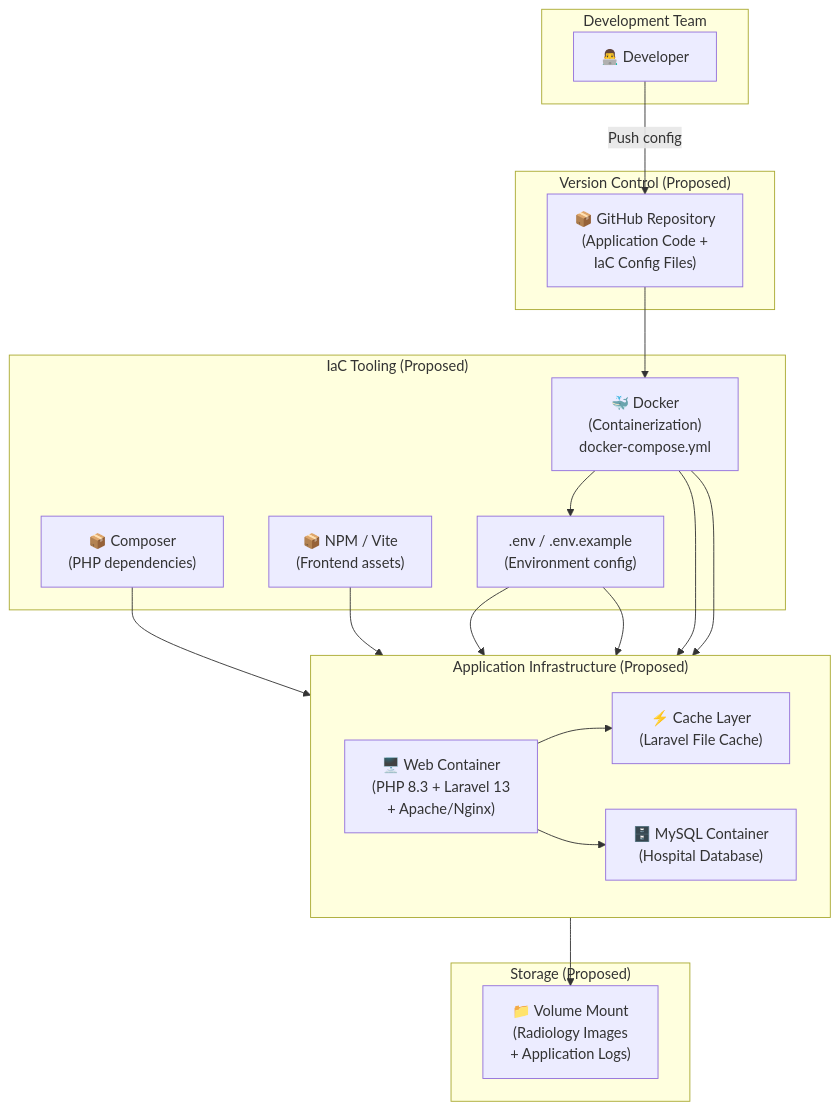
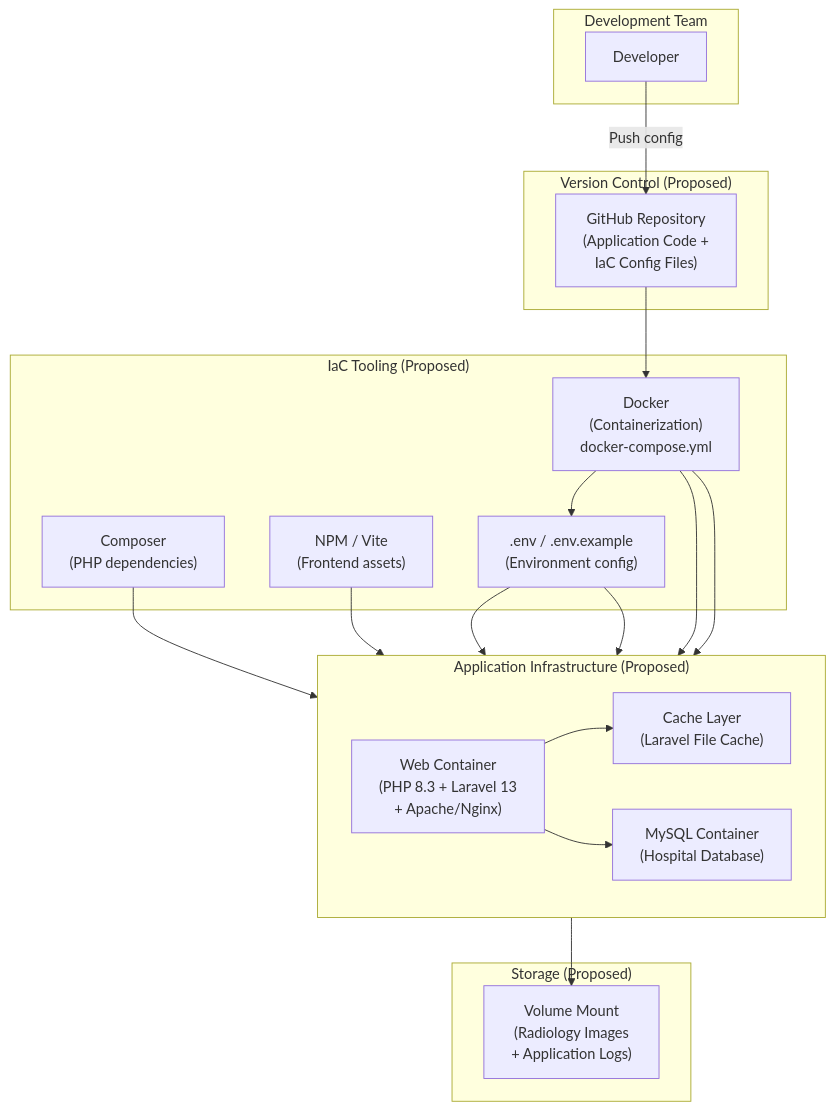
Before and after one commit to Lesthermonleon/DTCS: the seventh of 14 diagrams in hims_14_diagrams.md, drawn with Mermaid. The commit also changed other lines of this file and 98 other files, not shown here.

Commit message:
feat: adopt ditc_hms_schema.sql as database single source of truth and remove obsolete migrations/seeders

````diff
--- a/hims_14_diagrams.md
+++ b/hims_14_diagrams.md
@@ -320,40 +320,40 @@
 ```mermaid
 graph TB
     subgraph DEV_TEAM["Development Team"]
-        DEV["👨‍💻 Developer"]
+        DEV["Developer"]
     end
 
     subgraph VCS["Version Control (Proposed)"]
-        GIT["📦 GitHub Repository\n(Application Code +\nIaC Config Files)"]
+        GIT["GitHub Repository\n(Application Code +\nIaC Config Files)"]
     end
 
     subgraph IAC_TOOLS["IaC Tooling (Proposed)"]
-        DOCKER["🐳 Docker\n(Containerization)\ndocker-compose.yml"]
-        COMPOSER_IAC["📦 Composer\n(PHP dependencies)"]
-        NPM_IAC["📦 NPM / Vite\n(Frontend assets)"]
+        DOCKER["Docker\n(Containerization)\ndocker-compose.yml"]
+        COMPOSER_IAC["Composer\n(PHP dependencies)"]
+        NPM_IAC["NPM / Vite\n(Frontend assets)"]
         ENV_IAC[".env / .env.example\n(Environment config)"]
     end
 
     subgraph APP_INFRA["Application Infrastructure (Proposed)"]
         direction LR
-        WEB["🖥️ Web Container\n(PHP 8.3 + Laravel 13\n+ Apache/Nginx)"]
-        DB_CONT["🗄️ MySQL Container\n(Hospital Database)"]
-        CACHE["⚡ Cache Layer\n(Laravel File Cache)"]
+        WEB["Web Container\n(PHP 8.3 + Laravel 13\n+ Apache/Nginx)"]
+        DB_CONT["MySQL Container\n(Hospital Database)"]
+        CACHE["Cache Layer\n(Laravel File Cache)"]
     end
 
     subgraph STORAGE_INFRA["Storage (Proposed)"]
-        FILES["📁 Volume Mount\n(Radiology Images\n+ Application Logs)"]
+        FILES["Volume Mount\n(Radiology Images\n+ Application Logs)"]
     end
 
     DEV -->|Push config| GIT
     GIT --> DOCKER
     DOCKER --> ENV_IAC
     COMPOSER_IAC & NPM_IAC --> WEB
     ENV_IAC --> WEB
     ENV_IAC --> DB_CONT
     DOCKER --> WEB
     DOCKER --> DB_CONT
     WEB --> CACHE
     WEB --> DB_CONT
     WEB --> FILES
 ```
````
